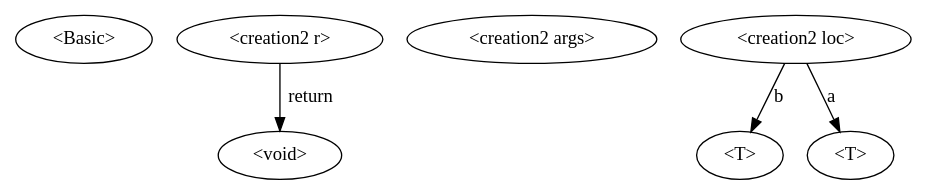
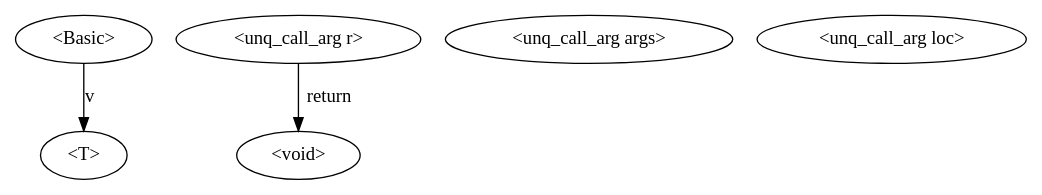
The diagram in AliasingImpl/source/test.dot (varivera/aliasing-java), drawn with Graphviz before and after one commit. The commit also changed 6 other files, not shown here.

```diff
--- a/AliasingImpl/source/test.dot
+++ b/AliasingImpl/source/test.dot
@@ -1,12 +1,10 @@
 digraph G {
+n0->n9 [label="v"]
 n0[label="<Basic>"]
+n9[label="<T>"]
 n3->n4 [label="return"]
-n3[label="<creation2 r>"]
+n3[label="<unq_call_arg r>"]
 n4[label="<void>"]
-n1[label="<creation2 args>"]
-n2->n6 [label="b"]
-n2->n5 [label="a"]
-n2[label="<creation2 loc>"]
-n5[label="<T>"]
-n6[label="<T>"]
+n1[label="<unq_call_arg args>"]
+n2[label="<unq_call_arg loc>"]
 }
```
